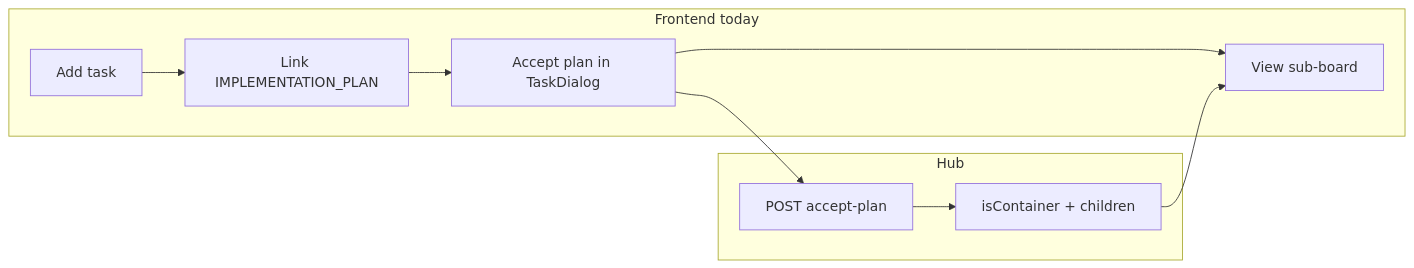
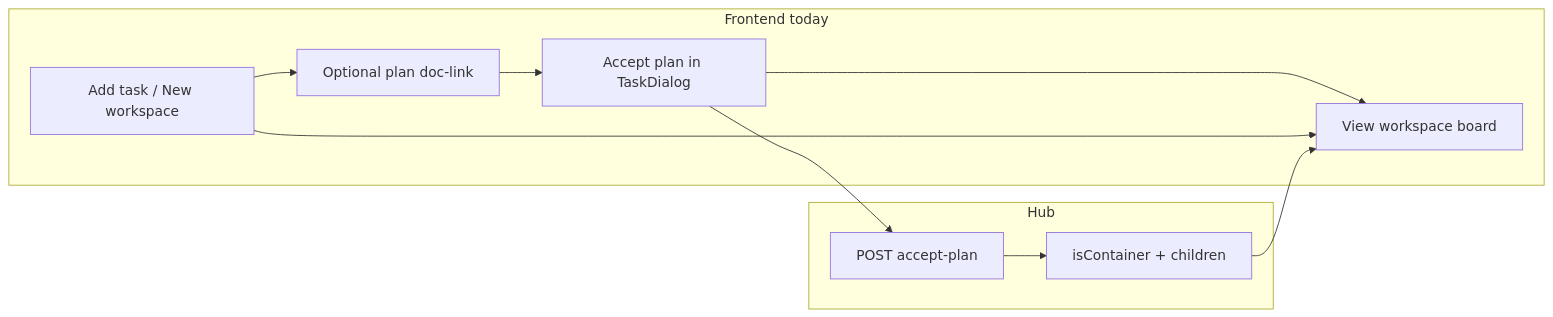
One commit to GnosticEchos/VibeTask changed the diagram in frontend/docs/OPENAPI_UI_GAP_ANALYSIS.md. Above: the diagram before and after it, drawn with Mermaid. The commit also changed other lines of this file and 28 other files, not shown here.

First line of the commit message:
feat: human ProjectStats API, Explore summary UI, and workspace board fixes

````diff
--- a/frontend/docs/OPENAPI_UI_GAP_ANALYSIS.md
+++ b/frontend/docs/OPENAPI_UI_GAP_ANALYSIS.md
@@ -57,13 +60,14 @@
 ```mermaid
 flowchart LR
   subgraph ui [Frontend today]
-    A[Add task] --> B[Link IMPLEMENTATION_PLAN]
+    A[Add task / New workspace] --> B[Optional plan doc-link]
     B --> C[Accept plan in TaskDialog]
-    C --> D[View sub-board]
+    C --> D[View workspace board]
+    A --> D
   end
   subgraph api [Hub]
     C --> E[POST accept-plan]
     E --> F[isContainer + children]
     F --> D
   end
 ```
````
